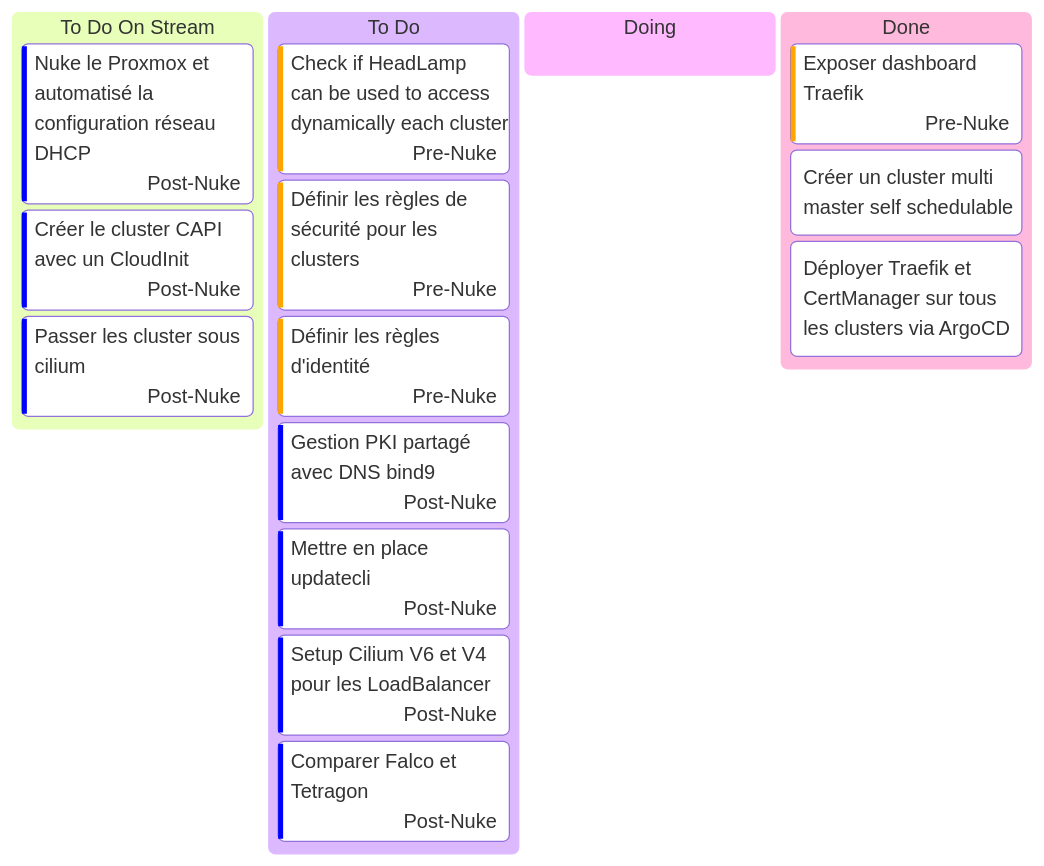
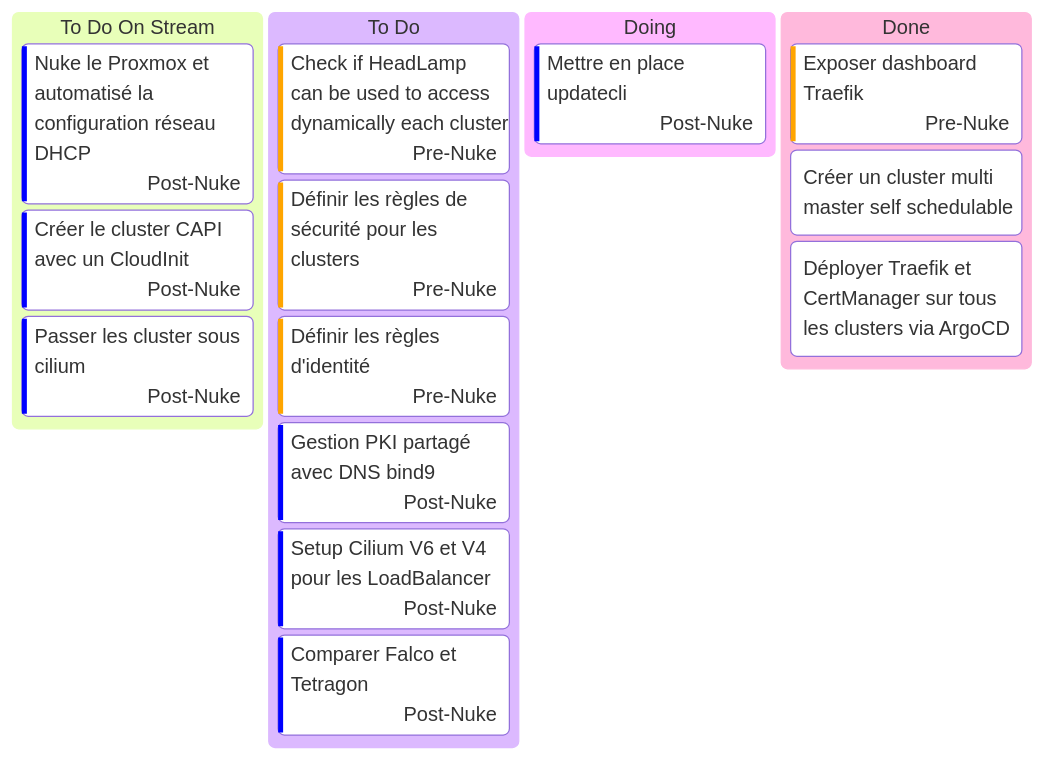
Before and after one commit to batleforc/weebo-si: the diagram in docs/0.introduction/kanban.md, drawn with Mermaid. The commit also changed other lines of this file, not shown here.

````diff
--- a/docs/0.introduction/kanban.md
+++ b/docs/0.introduction/kanban.md
@@ -3,26 +3,26 @@
 ```mermaid
 ---
 config:
   kanban:
     ticketBaseUrl: 'https://github.com/batleforc/weebo-si/issue/#TICKET#'
 ---
 
 kanban
   todoS[To Do On Stream]
     us4[Nuke le Proxmox et automatisé la configuration réseau DHCP]@{ assigned: Post-Nuke, priority: 'Low'}
     us5[Créer le cluster CAPI avec un CloudInit]@{ assigned: Post-Nuke, priority: 'Low'}
     us6[Passer les cluster sous cilium]@{ assigned: Post-Nuke, priority: 'Low'}
   todo[To Do]
     use8[Check if HeadLamp can be used to access dynamically each cluster]@{ assigned: Pre-Nuke, priority: 'High'}
     us3[Définir les règles de sécurité pour les clusters]@{ assigned: Pre-Nuke, priority: 'High'}
     us8[Définir les règles d'identité]@{ assigned: Pre-Nuke, priority: 'High'}
     us7[Gestion PKI partagé avec DNS bind9]@{ assigned: Post-Nuke, priority: 'Low'}
-    us9[Mettre en place updatecli]@{ assigned: Post-Nuke, priority: 'Low'}
     use10[Setup Cilium V6 et V4 pour les LoadBalancer]@{ assigned: Post-Nuke, priority: 'Low'}
     us11[Comparer Falco et Tetragon]@{ assigned: Post-Nuke, priority: 'Low'}
   doing[Doing]
+    us9[Mettre en place updatecli]@{ assigned: Post-Nuke, priority: 'Low'}
   done[Done]
     us7[Exposer dashboard Traefik]@{ assigned: Pre-Nuke, priority: 'High'}
     us1[Créer un cluster multi master self schedulable]
     us2[Déployer Traefik et CertManager sur tous les clusters via ArgoCD]
 ```
````
